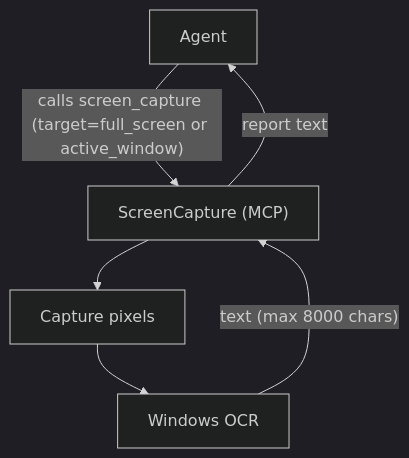
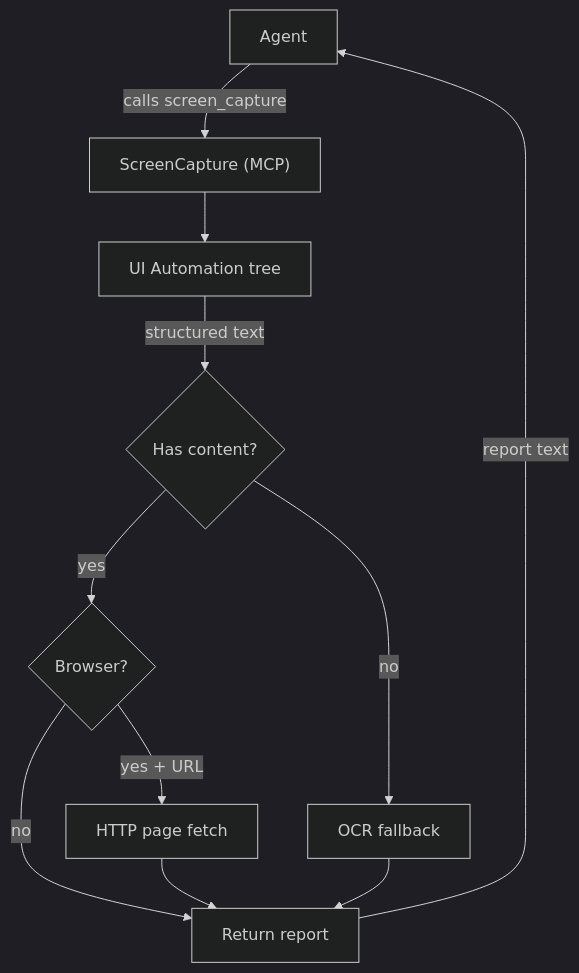
One commit to raydeStar/sir-thaddeus changed diagram 12 of 16 in project-notes/mcp-tools-reference.md. Above: the diagram before and after it, drawn with Mermaid (dark theme). The commit also changed other lines of this file and 1 other file, not shown here.

First line of the commit message:
Remove GetCaptureRect; update screen capture docs

````diff
--- a/project-notes/mcp-tools-reference.md
+++ b/project-notes/mcp-tools-reference.md
@@ -496,8 +498,13 @@
 ```mermaid
 flowchart TD
-  Agent["Agent"] -->|"calls screen_capture (target=full_screen or active_window)"| ScreenTool["ScreenCapture (MCP)"]
-  ScreenTool --> Capture["Capture pixels"]
-  Capture --> Ocr["Windows OCR"]
-  Ocr -->|"text (max 8000 chars)"| ScreenTool
-  ScreenTool -->|"report text"| Agent
+  Agent["Agent"] -->|"calls screen_capture"| ScreenTool["ScreenCapture (MCP)"]
+  ScreenTool --> UIA["UI Automation tree"]
+  UIA -->|structured text| HasContent{"Has content?"}
+  HasContent -->|yes| Browser{"Browser?"}
+  Browser -->|"yes + URL"| Fetch["HTTP page fetch"]
+  Browser -->|no| Done["Return report"]
+  HasContent -->|no| OCR["OCR fallback"]
+  Fetch --> Done
+  OCR --> Done
+  Done -->|"report text"| Agent
 ```
````
